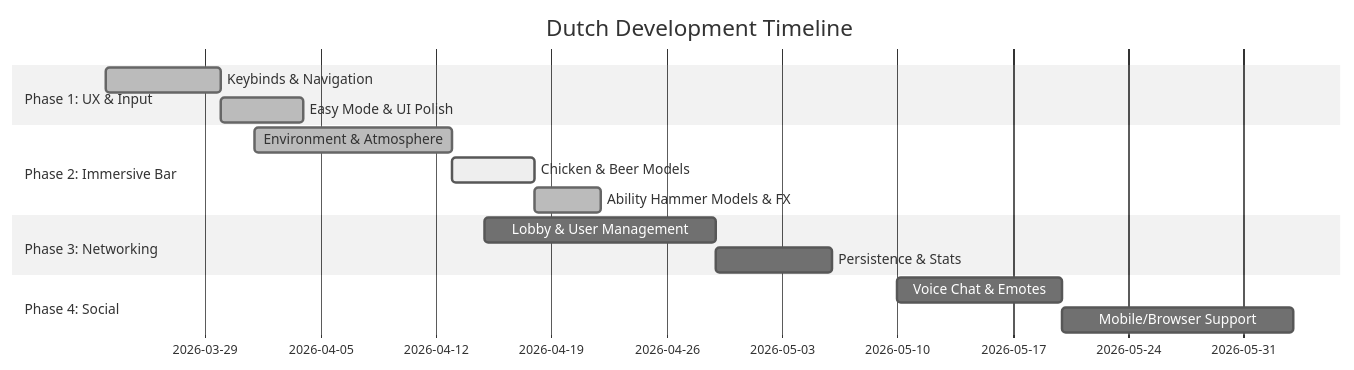
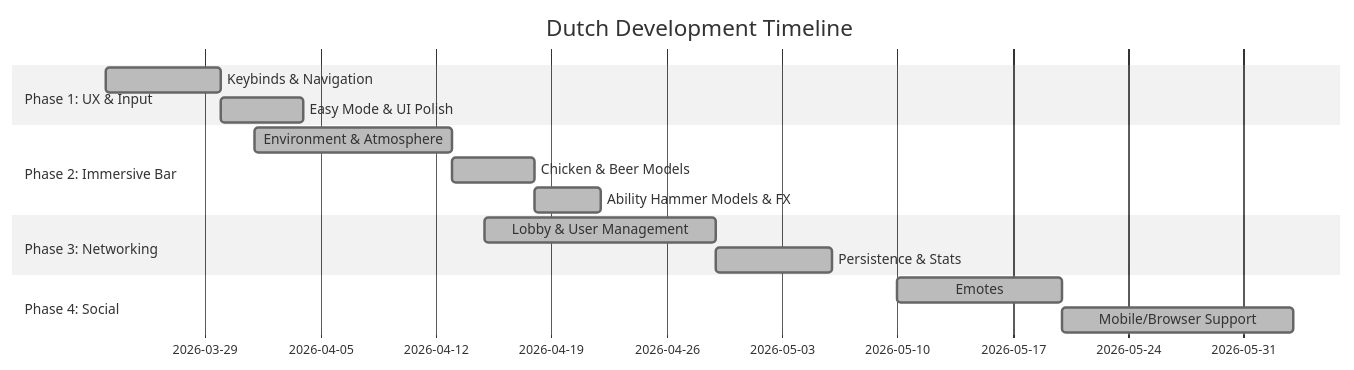
The diagram in ROADMAP.md (DinVin24/dutch), drawn with Mermaid (neutral theme) before and after one commit. The commit also changed other lines of this file and 1 other file, not shown here.

Commit message:
docs(roadmap): remove unimplemented items and update timeline completion
Executor: Cleaned up unimplemented/out-of-scope roadmap tasks (voice chat, matchmaking, cosmetics) and marked all active tasks/timeline milestones as done/COMPLETED in both ROADMAP.md and user_stories.md to align the backlog status with implemented features.

````diff
--- a/ROADMAP.md
+++ b/ROADMAP.md
@@ -6,18 +6,18 @@
 ```mermaid
 gantt
     title Dutch Development Timeline
     dateFormat  YYYY-MM-DD
     section Phase 1: UX & Input
     Keybinds & Navigation    :done, des1, 2026-03-23, 7d
     Easy Mode & UI Polish     :done, des2, after des1, 5d
     section Phase 2: Immersive Bar
     Environment & Atmosphere :done, des3, 2026-04-01, 12d
-    Chicken & Beer Models    :active, des4, after des3, 5d
+    Chicken & Beer Models    :done, des4, after des3, 5d
     Ability Hammer Models & FX:done, des5, after des4, 4d
     section Phase 3: Networking
-    Lobby & User Management  :des6, 2026-04-15, 14d
-    Persistence & Stats      :des7, after des6, 7d
+    Lobby & User Management  :done, des6, 2026-04-15, 14d
+    Persistence & Stats      :done, des7, after des6, 7d
     section Phase 4: Social
-    Voice Chat & Emotes      :des8, 2026-05-10, 10d
-    Mobile/Browser Support   :des9, after des8, 14d
+    Emotes                   :done, des8, 2026-05-10, 10d
+    Mobile/Browser Support   :done, des9, after des8, 14d
 ```
````
